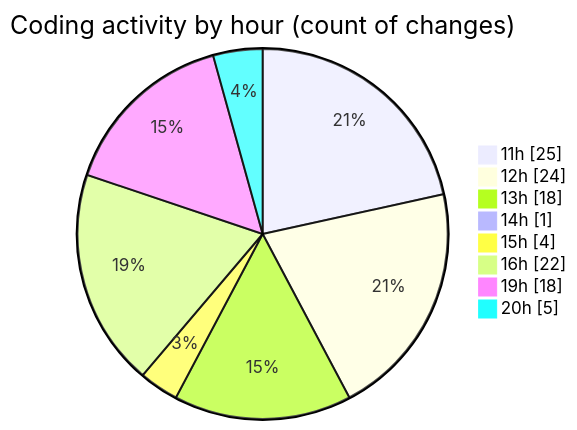
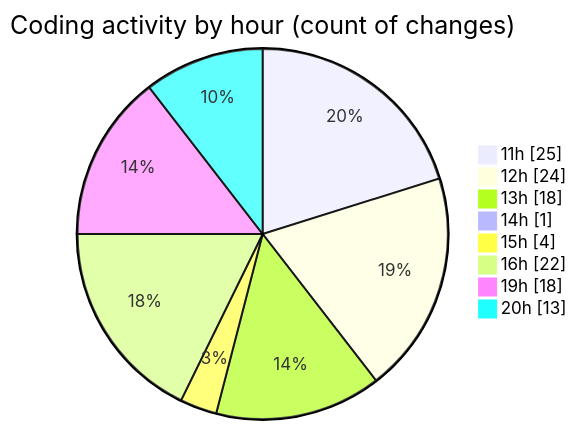
One commit to MatusMokan/code-tracking changed the second of 2 diagrams in 2025-04-12/myws__workspace_/README.md. Above: the diagram before and after it, drawn with Mermaid. The commit also changed other lines of this file and 1 other file, not shown here.

````diff
--- a/2025-04-12/myws__workspace_/README.md
+++ b/2025-04-12/myws__workspace_/README.md
@@ -36,12 +36,12 @@
 ```mermaid
 pie showData
 title Coding activity by hour (count of changes)
 "11h" : 25
 "12h" : 24
 "13h" : 18
 "14h" : 1
 "15h" : 4
 "16h" : 22
 "19h" : 18
-"20h" : 5
+"20h" : 13
 ```
````
